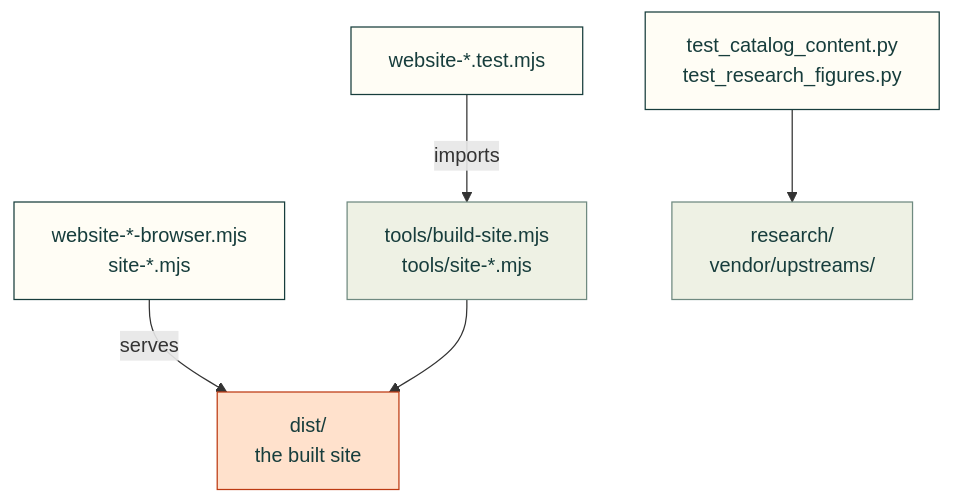
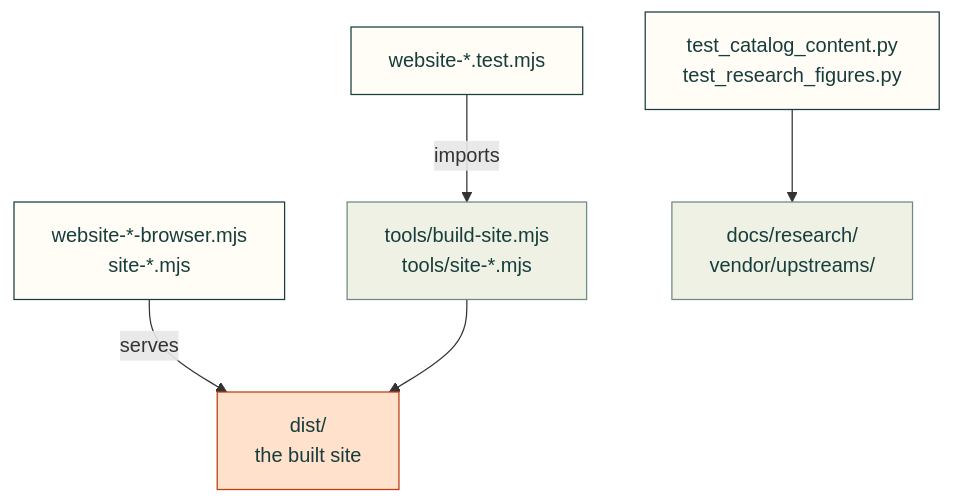
Before and after one commit to Valpatel/cad-agent: the diagram in tests/site/README.md, drawn with Mermaid. The commit also changed other lines of this file and 332 other files, not shown here.

````diff
--- a/tests/site/README.md
+++ b/tests/site/README.md
@@ -9,13 +9,13 @@
 ```mermaid
 flowchart TD
     U["website-*.test.mjs"] -->|"imports"| T["tools/build-site.mjs<br/>tools/site-*.mjs"]
     B["website-*-browser.mjs<br/>site-*.mjs"] -->|"serves"| D["dist/<br/>the built site"]
     T --> D
-    P["test_catalog_content.py<br/>test_research_figures.py"] --> R["research/<br/>vendor/upstreams/"]
+    P["test_catalog_content.py<br/>test_research_figures.py"] --> R["docs/research/<br/>vendor/upstreams/"]
     classDef here fill:#fffdf5,stroke:#173d3c,color:#173d3c
     classDef near fill:#eef1e4,stroke:#6f8a80,color:#173d3c
     classDef out fill:#ffe1cc,stroke:#bd3a12,color:#173d3c
     class U,B,P here
     class T,R near
     class D out
 ```
````
